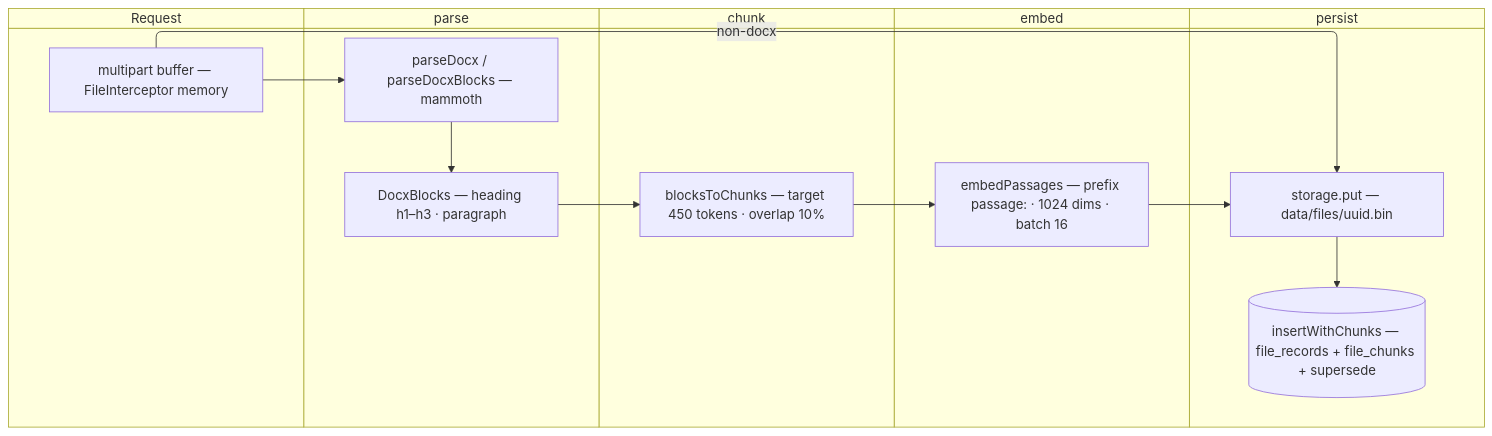
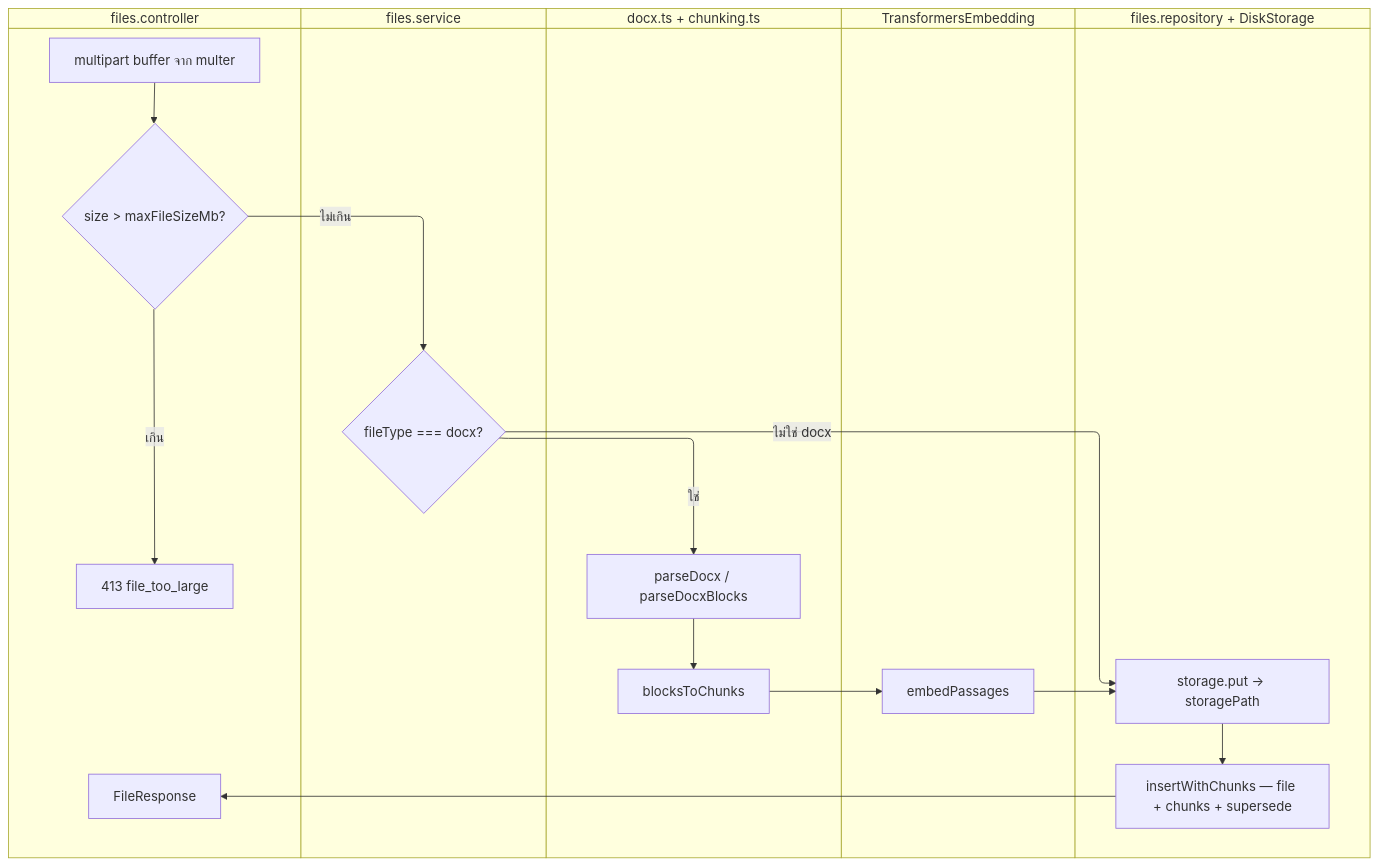
One commit to Open-Science-and-Data-management/Backend changed the second of 3 diagrams in src/features/files/README.md. Above: the diagram before and after it, drawn with Mermaid. The commit also changed other lines of this file and 22 other files, not shown here.

Commit message:
chore(wip): FF2569 form-aware ingestion — plan, spec, research, template schema, OOXML extractor, fixture, jszip dep (pre-implementation baseline)

````diff
--- a/src/features/files/README.md
+++ b/src/features/files/README.md
@@ -186,27 +147,33 @@
 ```mermaid
 swimlane-beta TB
-    subgraph req [Request]
-        P[multipart buffer — FileInterceptor memory]
+    subgraph http [files.controller]
+        A[multipart buffer จาก multer]
+        B{size > maxFileSizeMb?}
+        R1[413 file_too_large]
+        R2[FileResponse]
     end
-    subgraph parse [parse]
-        D1[parseDocx / parseDocxBlocks — mammoth]
-        D2[DocxBlocks — heading h1–h3 · paragraph]
+    subgraph svc [files.service]
+        C{fileType === docx?}
     end
-    subgraph chunk [chunk]
-        C1[blocksToChunks — target 450 tokens · overlap 10%]
+    subgraph parse [docx.ts + chunking.ts]
+        D[parseDocx / parseDocxBlocks]
+        E[blocksToChunks]
     end
-    subgraph embed [embed]
-        E1[embedPassages — prefix passage: · 1024 dims · batch 16]
+    subgraph embed [TransformersEmbedding]
+        F[embedPassages]
     end
-    subgraph persist [persist]
-        S1[storage.put — data/files/uuid.bin]
-        S2[(insertWithChunks — file_records + file_chunks + supersede)]
+    subgraph store [files.repository + DiskStorage]
+        G[storage.put → storagePath]
+        H[insertWithChunks — file + chunks + supersede]
     end
-    P --> D1
-    D1 --> D2
-    D2 --> C1
-    C1 --> E1
-    P -->|non-docx| S1
-    E1 --> S1
-    S1 --> S2
+    A --> B
+    B -->|เกิน| R1
+    B -->|ไม่เกิน| C
+    C -->|ใช่| D
+    C -->|ไม่ใช่ docx| G
+    D --> E
+    E --> F
+    F --> G
+    G --> H
+    H --> R2
 ```
````
